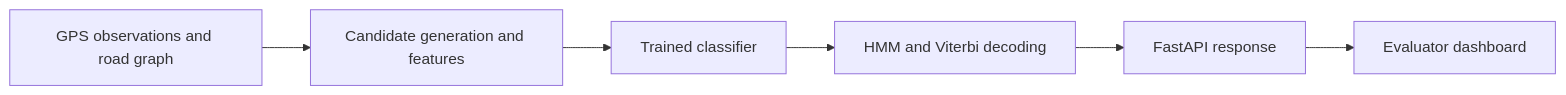
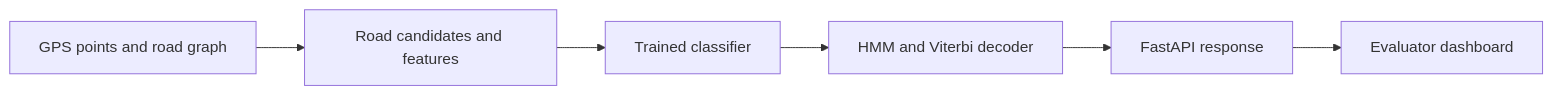
Before and after one commit to prathyushg129/ML-Hackathon-PATHSNAP: the diagram in README.md, drawn with Mermaid. The commit also changed other lines of this file, not shown here.

Commit message:
Expand README with setup steps, demo guide, and result charts

````diff
--- a/README.md
+++ b/README.md
@@ -7,8 +9,8 @@
 ```mermaid
 flowchart LR
-    A["GPS observations and road graph"] --> B["Candidate generation and features"]
+    A["GPS points and road graph"] --> B["Road candidates and features"]
     B --> C["Trained classifier"]
-    C --> D["HMM and Viterbi decoding"]
+    C --> D["HMM and Viterbi decoder"]
     D --> E["FastAPI response"]
     E --> F["Evaluator dashboard"]
 ```
````
